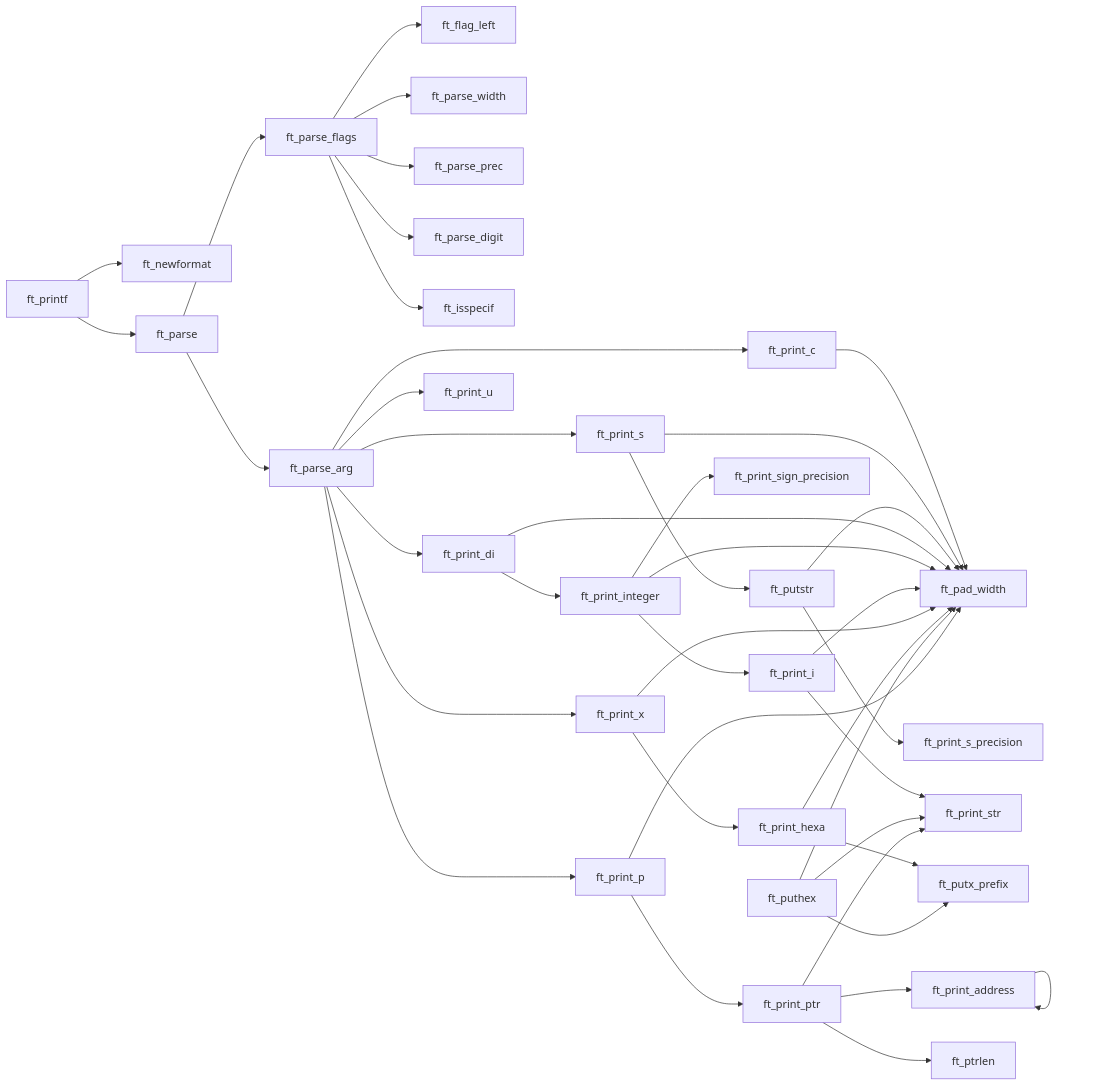
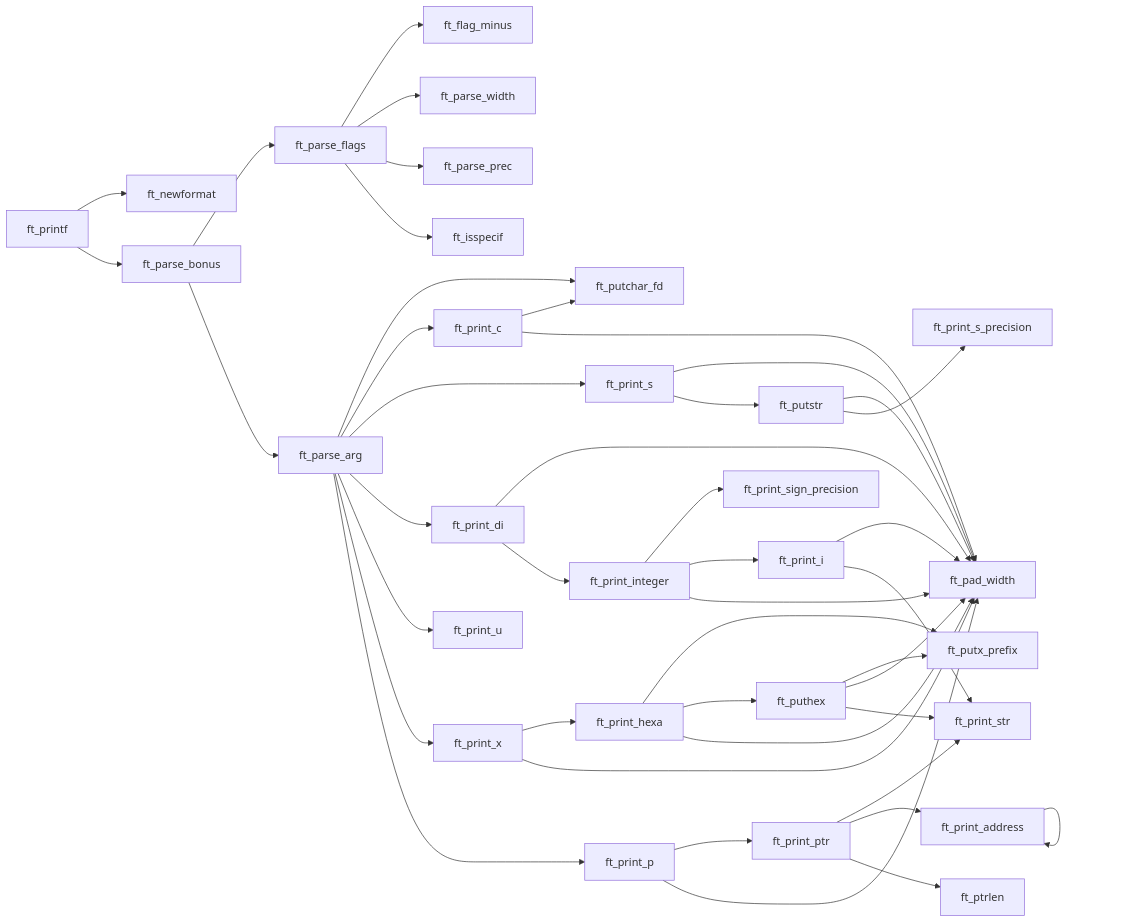
The fourth of 4 diagrams in README.md (PedroZappa/42_ft_printf), drawn with Mermaid before and after one commit. The commit also changed other lines of this file, not shown here.

Commit message:
README.md : cleaned up Bonus Processing Flow graph

````diff
--- a/README.md
+++ b/README.md
@@ -302,47 +303,49 @@
 ```mermaid
 ---
 title ft_printf Bonus Processing Flow
 ---
 graph LR;
     ft_printf-->ft_newformat;
-    ft_printf-->ft_parse;
-    ft_parse-->ft_parse_flags;
-    ft_parse-->ft_parse_arg;
-    ft_parse_flags-->ft_flag_left;
+    ft_printf-->ft_parse_bonus;
+    ft_parse_bonus-->ft_parse_flags;
+    ft_parse_bonus-->ft_parse_arg;
+    ft_parse_flags-->ft_flag_minus;
     ft_parse_flags-->ft_parse_width;
     ft_parse_flags-->ft_parse_prec;
-    ft_parse_flags-->ft_parse_digit;
     ft_parse_flags-->ft_isspecif;
+    ft_parse_arg-->ft_putchar_fd;
     ft_parse_arg-->ft_print_c;
     ft_parse_arg-->ft_print_s;
     ft_parse_arg-->ft_print_di;
     ft_parse_arg-->ft_print_u;
     ft_parse_arg-->ft_print_x;
     ft_parse_arg-->ft_print_p;
 
+    ft_print_c-->ft_putchar_fd;
     ft_print_c-->ft_pad_width;
     ft_print_s-->ft_pad_width;
     ft_print_s-->ft_putstr;
     ft_putstr-->ft_pad_width;
     ft_putstr-->ft_print_s_precision;
     ft_print_di-->ft_pad_width;
     ft_print_di-->ft_print_integer;
     ft_print_integer-->ft_print_sign_precision;
     ft_print_integer-->ft_print_i;
     ft_print_integer-->ft_pad_width;
     ft_print_i-->ft_pad_width;
     ft_print_i-->ft_print_str;
+    ft_print_x-->ft_print_hexa;
     ft_print_x-->ft_pad_width;
-    ft_print_x-->ft_print_hexa;
     ft_print_hexa-->ft_putx_prefix
+    ft_print_hexa-->ft_puthex
     ft_print_hexa-->ft_pad_width;
     ft_puthex-->ft_putx_prefix;
     ft_puthex-->ft_pad_width;
     ft_puthex-->ft_print_str;
     ft_print_p-->ft_print_ptr;
     ft_print_p-->ft_pad_width;
     ft_print_ptr-->ft_print_str;
     ft_print_ptr-->ft_print_address;
     ft_print_ptr-->ft_ptrlen;
     ft_print_address-->ft_print_address;
 ```
````
